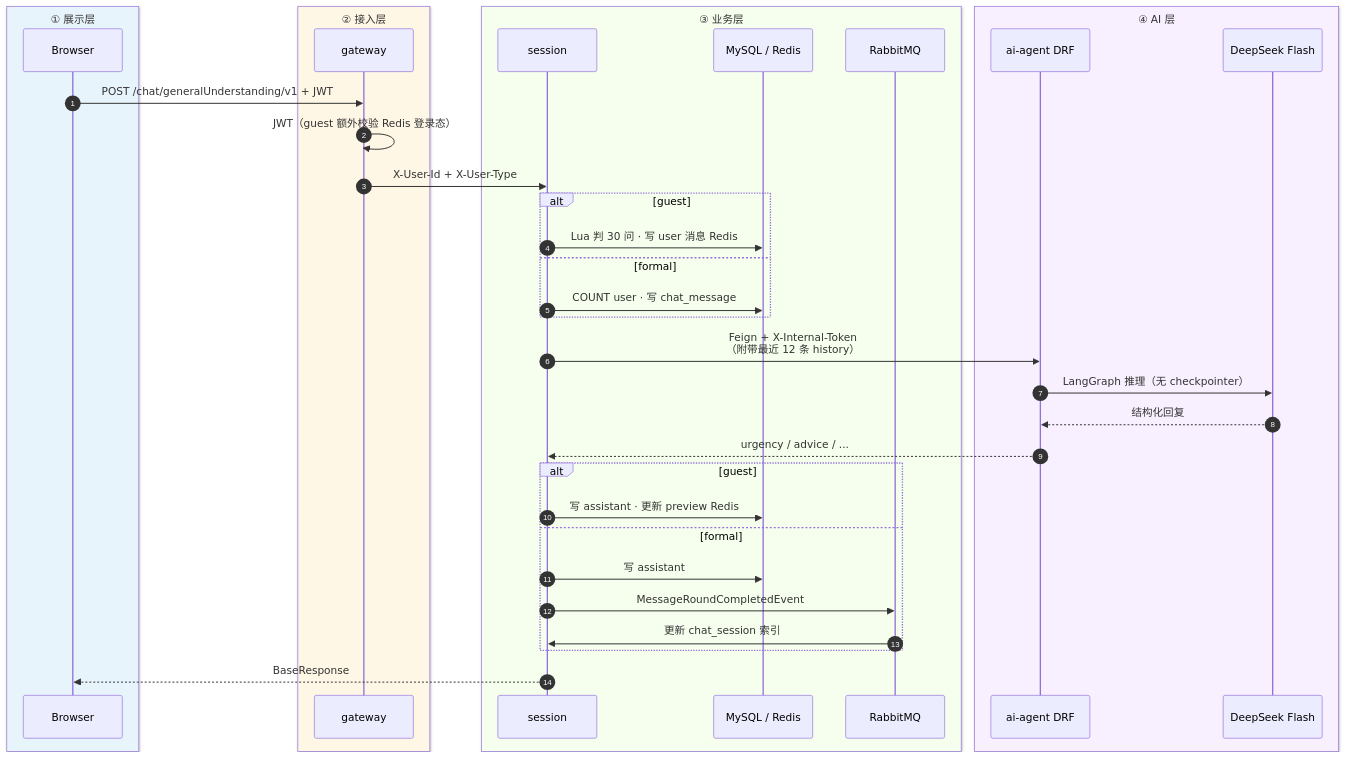
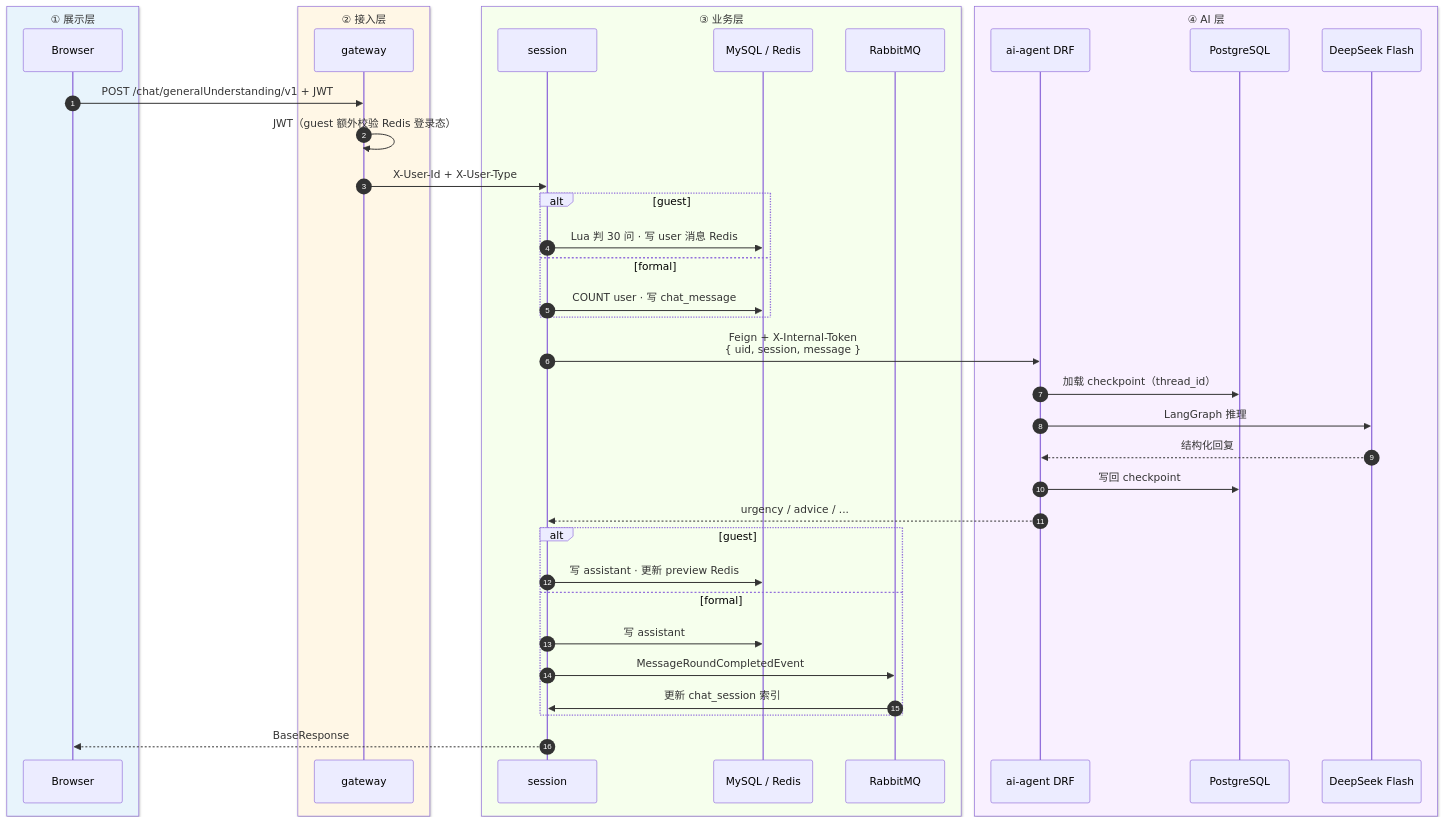
The second of 2 diagrams in services/cardiology-cloud/README.md (SherwinZeng/cardiologyintelligentagent), drawn with Mermaid before and after one commit. The commit also changed other lines of this file and 36 other files, not shown here.

````diff
--- a/services/cardiology-cloud/README.md
+++ b/services/cardiology-cloud/README.md
@@ -158,44 +158,47 @@
 ```mermaid
 sequenceDiagram
     autonumber
     box rgba(232,244,252,1) ① 展示层
         participant C as Browser
     end
     box rgba(255,247,230,1) ② 接入层
         participant G as gateway
     end
     box rgba(246,255,237,1) ③ 业务层
         participant S as session
         participant DB as MySQL / Redis
         participant Q as RabbitMQ
     end
     box rgba(249,240,255,1) ④ AI 层
         participant A as ai-agent DRF
+        participant PG as PostgreSQL
         participant L as DeepSeek Flash
     end
 
     C->>G: POST /chat/generalUnderstanding/v1 + JWT
     G->>G: JWT（guest 额外校验 Redis 登录态）
     G->>S: X-User-Id + X-User-Type
 
     alt guest
         S->>DB: Lua 判 30 问 · 写 user 消息 Redis
     else formal
         S->>DB: COUNT user · 写 chat_message
     end
 
-    S->>A: Feign + X-Internal-Token<br/>（附带最近 12 条 history）
-    A->>L: LangGraph 推理（无 checkpointer）
+    S->>A: Feign + X-Internal-Token<br/>{ uid, session, message }
+    A->>PG: 加载 checkpoint（thread_id）
+    A->>L: LangGraph 推理
     L-->>A: 结构化回复
+    A->>PG: 写回 checkpoint
     A-->>S: urgency / advice / ...
 
     alt guest
         S->>DB: 写 assistant · 更新 preview Redis
     else formal
         S->>DB: 写 assistant
         S->>Q: MessageRoundCompletedEvent
         Q->>S: 更新 chat_session 索引
     end
 
     S-->>C: BaseResponse
 ```
````
